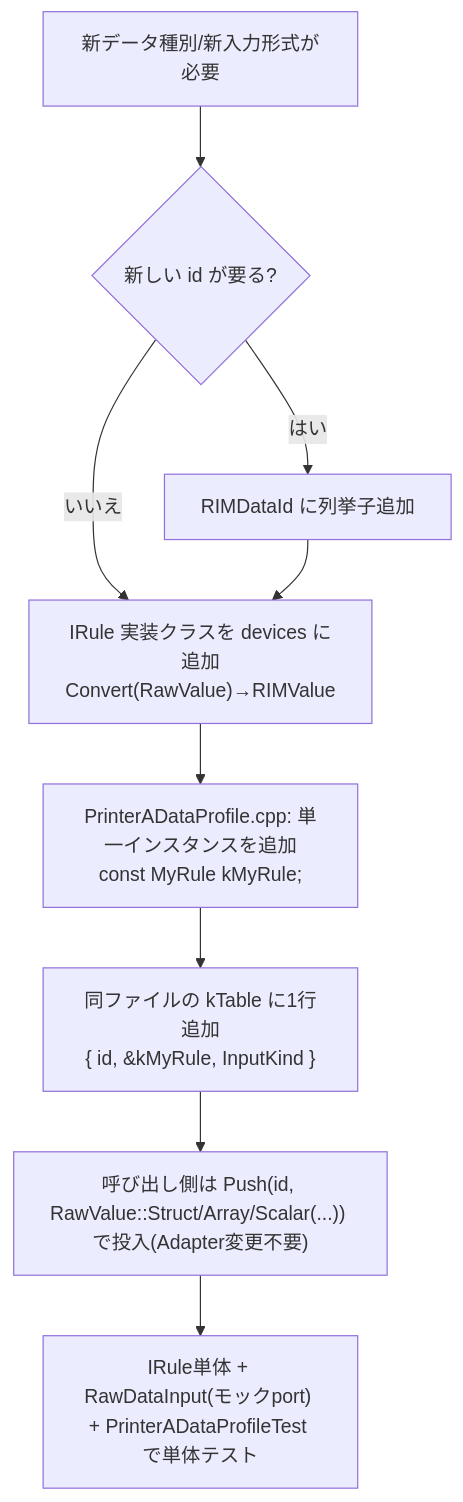
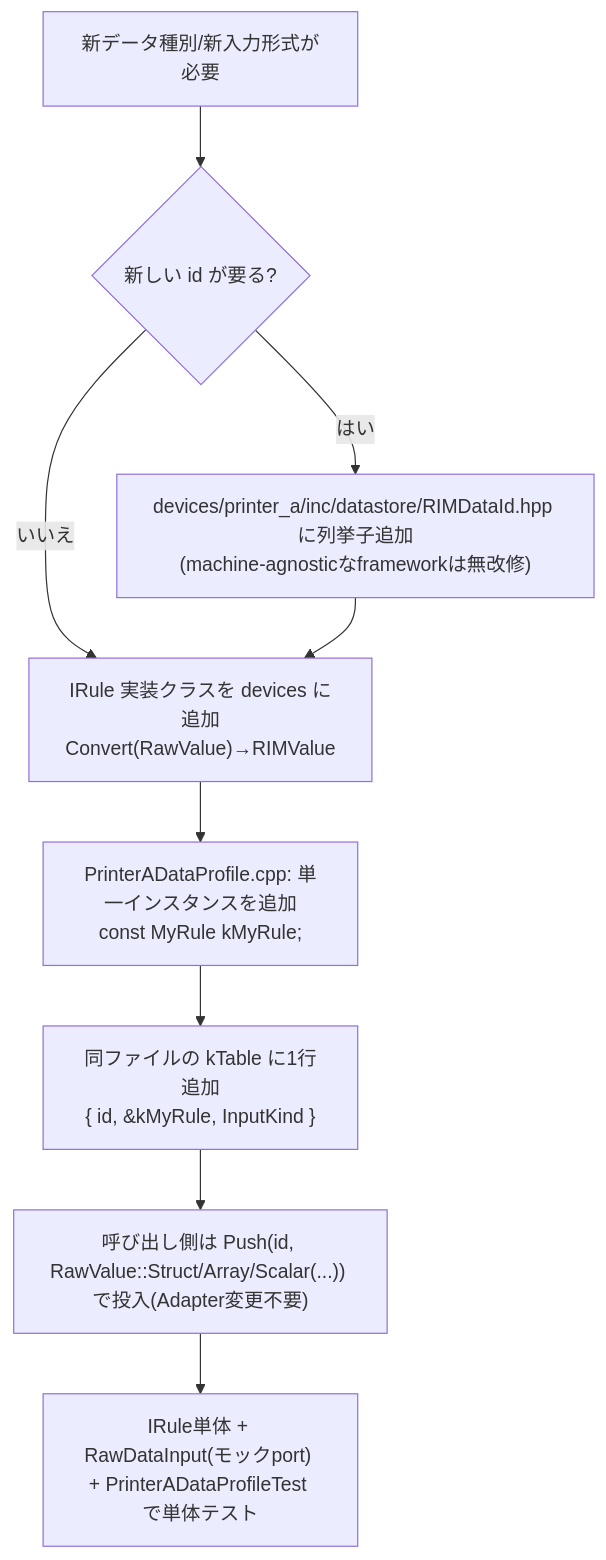
The fourth of 5 diagrams in docs/adapter/04_シーケンス図.md (ceedling-vxworks-test-generator/printer-fw), drawn with Mermaid before and after one commit. The commit also changed 8 other files, not shown here.

````diff
--- a/docs/adapter/04_シーケンス図.md
+++ b/docs/adapter/04_シーケンス図.md
@@ -71,11 +71,11 @@
 ```mermaid
 flowchart TD
     A["新データ種別/新入力形式が必要"] --> B{"新しい id が要る?"}
-    B -- はい --> C["RIMDataId に列挙子追加"]
+    B -- はい --> C["devices/printer_a/inc/datastore/RIMDataId.hpp に列挙子追加<br/>(machine-agnosticなframeworkは無改修)"]
     B -- いいえ --> D
     C --> D["IRule 実装クラスを devices に追加<br/>Convert(RawValue)→RIMValue"]
     D --> E["PrinterADataProfile.cpp: 単一インスタンスを追加<br/>const MyRule kMyRule;"]
     E --> F["同ファイルの kTable に1行追加<br/>{ id, &kMyRule, InputKind }"]
     F --> G["呼び出し側は Push(id, RawValue::Struct/Array/Scalar(...)) で投入(Adapter変更不要)"]
     G --> H["IRule単体 + RawDataInput(モックport) + PrinterADataProfileTest で単体テスト"]
 ```
````
